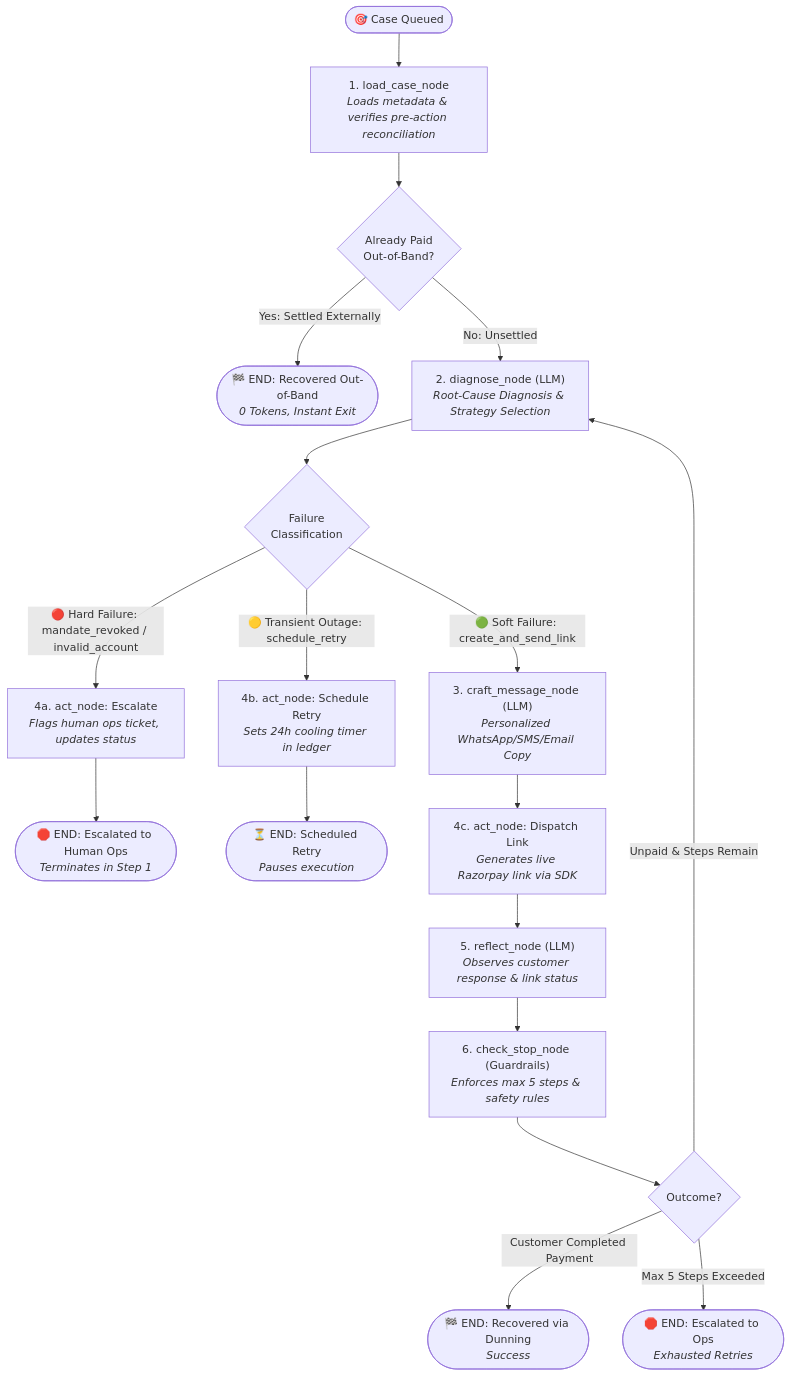
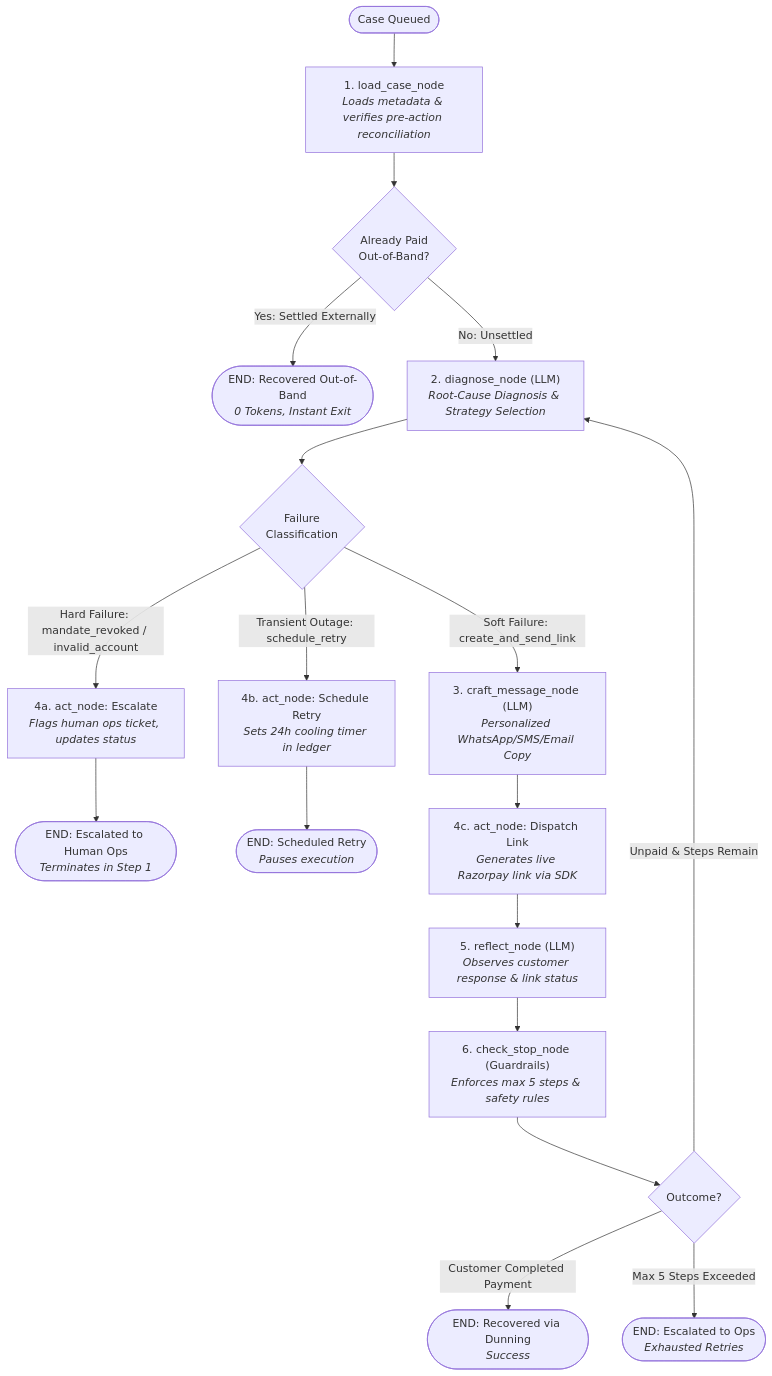
Before and after one commit to dhruvkachhela/subrecover-agent: the second of 3 diagrams in README.md, drawn with Mermaid. The commit also changed other lines of this file and 1 other file, not shown here.

````diff
--- a/README.md
+++ b/README.md
@@ -104,33 +104,33 @@
 ```mermaid
 flowchart TD
-    START([🎯 Case Queued]) --> N1["1. load_case_node<br/><i>Loads metadata & verifies pre-action reconciliation</i>"]
+    START([Case Queued]) --> N1["1. load_case_node<br/><i>Loads metadata & verifies pre-action reconciliation</i>"]
     
     N1 --> C1{Already Paid<br/>Out-of-Band?}
-    C1 -->|Yes: Settled Externally| END_RECON([🏁 END: Recovered Out-of-Band<br/><i>0 Tokens, Instant Exit</i>])
+    C1 -->|Yes: Settled Externally| END_RECON([END: Recovered Out-of-Band<br/><i>0 Tokens, Instant Exit</i>])
     
     C1 -->|No: Unsettled| N2["2. diagnose_node (LLM)<br/><i>Root-Cause Diagnosis & Strategy Selection</i>"]
 
     N2 --> C2{Failure<br/>Classification}
     
     %% Branch 1: Hard Failure / Fatal Error
-    C2 -->|🔴 Hard Failure: mandate_revoked / invalid_account| ACT_ESC["4a. act_node: Escalate<br/><i>Flags human ops ticket, updates status</i>"]
-    ACT_ESC --> END_ESC([🛑 END: Escalated to Human Ops<br/><i>Terminates in Step 1</i>])
+    C2 -->|Hard Failure: mandate_revoked / invalid_account| ACT_ESC["4a. act_node: Escalate<br/><i>Flags human ops ticket, updates status</i>"]
+    ACT_ESC --> END_ESC([END: Escalated to Human Ops<br/><i>Terminates in Step 1</i>])
     
     %% Branch 2: Transient Gateway Downtime
-    C2 -->|🟡 Transient Outage: schedule_retry| ACT_RETRY["4b. act_node: Schedule Retry<br/><i>Sets 24h cooling timer in ledger</i>"]
-    ACT_RETRY --> END_RETRY([⏳ END: Scheduled Retry<br/><i>Pauses execution</i>])
+    C2 -->|Transient Outage: schedule_retry| ACT_RETRY["4b. act_node: Schedule Retry<br/><i>Sets 24h cooling timer in ledger</i>"]
+    ACT_RETRY --> END_RETRY([END: Scheduled Retry<br/><i>Pauses execution</i>])
 
     %% Branch 3: Soft Recoverable Failure (Interactive Dunning Loop)
-    C2 -->|🟢 Soft Failure: create_and_send_link| N3["3. craft_message_node (LLM)<br/><i>Personalized WhatsApp/SMS/Email Copy</i>"]
+    C2 -->|Soft Failure: create_and_send_link| N3["3. craft_message_node (LLM)<br/><i>Personalized WhatsApp/SMS/Email Copy</i>"]
     
     N3 --> ACT_LINK["4c. act_node: Dispatch Link<br/><i>Generates live Razorpay link via SDK</i>"]
     
     ACT_LINK --> N5["5. reflect_node (LLM)<br/><i>Observes customer response & link status</i>"]
     
     N5 --> N6["6. check_stop_node (Guardrails)<br/><i>Enforces max 5 steps & safety rules</i>"]
     
     N6 --> C3{Outcome?}
-    C3 -->|Customer Completed Payment| END_PAID([🏁 END: Recovered via Dunning<br/><i>Success</i>])
-    C3 -->|Max 5 Steps Exceeded| END_MAX([🛑 END: Escalated to Ops<br/><i>Exhausted Retries</i>])
+    C3 -->|Customer Completed Payment| END_PAID([END: Recovered via Dunning<br/><i>Success</i>])
+    C3 -->|Max 5 Steps Exceeded| END_MAX([END: Escalated to Ops<br/><i>Exhausted Retries</i>])
     C3 -->|Unpaid & Steps Remain| N2
 ```
````
